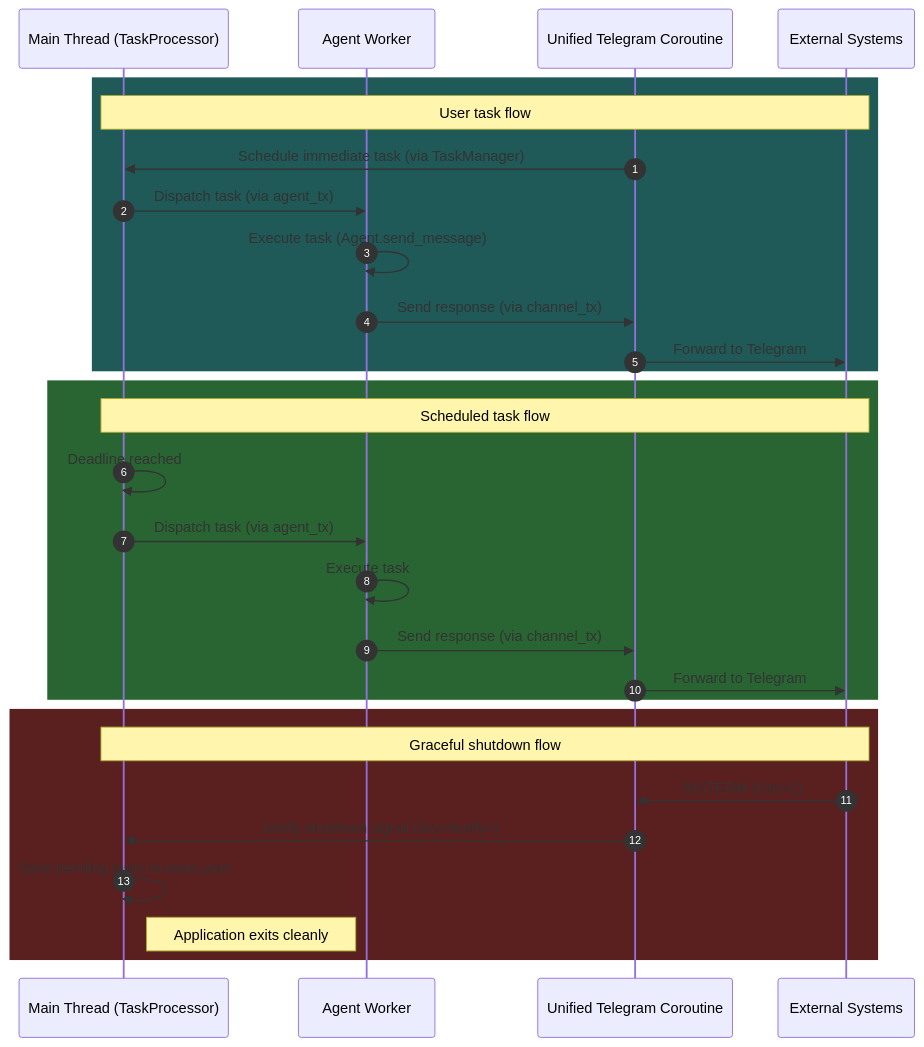
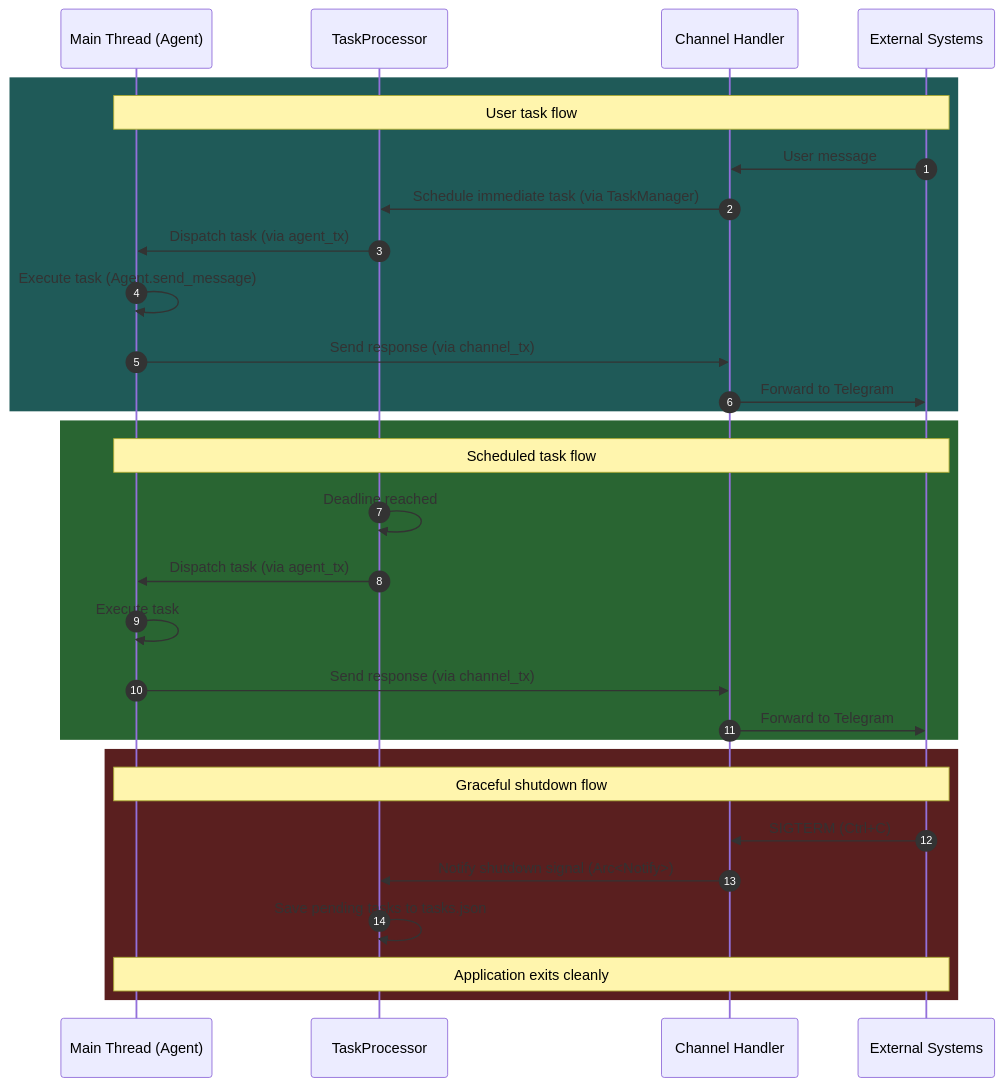
Before and after one commit to zydtiger/yoclaw: the diagram in STRUCTURE.md, drawn with Mermaid. The commit also changed other lines of this file, not shown here.

````diff
--- a/STRUCTURE.md
+++ b/STRUCTURE.md
@@ -146,34 +163,35 @@
 ```mermaid
 sequenceDiagram
     autonumber
-    participant P1 as Main Thread (TaskProcessor)
-    participant P2 as Agent Worker
-    participant P3 as Unified Telegram Coroutine
+    participant P1 as Main Thread (Agent)
+    participant P2 as TaskProcessor
+    participant P3 as Channel Handler
     participant External as External Systems
 
     rect rgb(31, 90, 88)
         Note over P1, External: User task flow
-        P3->>P1: Schedule immediate task (via TaskManager)
-        P1->>P2: Dispatch task (via agent_tx)
-        P2->>P2: Execute task (Agent.send_message)
-        P2->>P3: Send response (via channel_tx)
+        External->>P3: User message
+        P3->>P2: Schedule immediate task (via TaskManager)
+        P2->>P1: Dispatch task (via agent_tx)
+        P1->>P1: Execute task (Agent.send_message)
+        P1->>P3: Send response (via channel_tx)
         P3->>External: Forward to Telegram
     end
 
     rect rgb(41, 101, 50)
         Note over P1, External: Scheduled task flow
-        P1->>P1: Deadline reached
-        P1->>P2: Dispatch task (via agent_tx)
-        P2->>P2: Execute task
-        P2->>P3: Send response (via channel_tx)
+        P2->>P2: Deadline reached
+        P2->>P1: Dispatch task (via agent_tx)
+        P1->>P1: Execute task
+        P1->>P3: Send response (via channel_tx)
         P3->>External: Forward to Telegram
     end
 
     rect rgb(90, 31, 31)
         Note over P1, External: Graceful shutdown flow
         External->>P3: SIGTERM (Ctrl+C)
-        P3->>P1: Notify shutdown signal (Arc<Notify>)
-        P1->>P1: Save pending tasks to tasks.json
-        Note right of P1: Application exits cleanly
+        P3->>P2: Notify shutdown signal (Arc<Notify>)
+        P2->>P2: Save pending tasks to tasks.json
+        Note over P1, External: Application exits cleanly
     end
 ```
````
